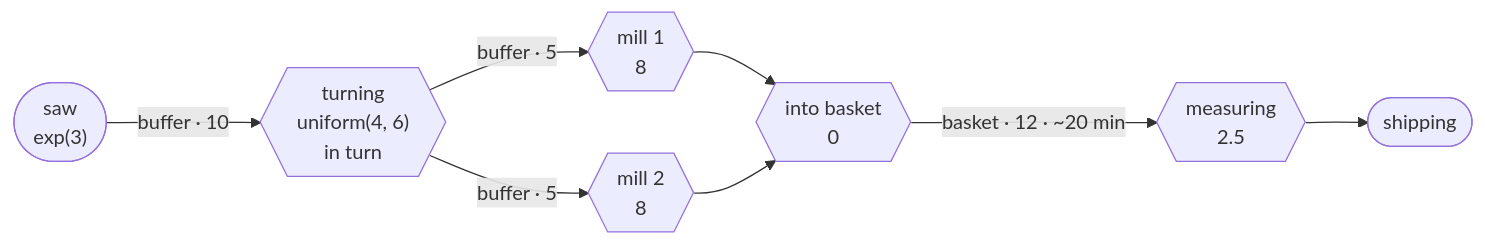
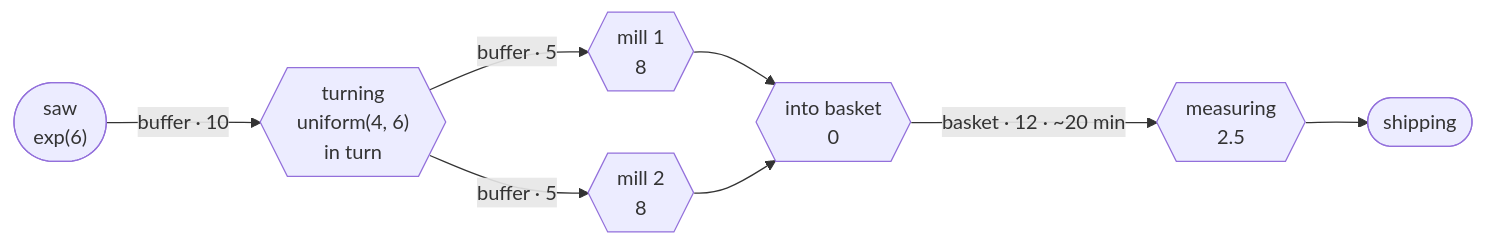
The diagram in examples/gear-shaft-line.md (s0582346/SimTrace), drawn with Mermaid before and after one commit. The commit also changed other lines of this file, not shown here.

Commit message:
Set the saw in the gear shaft line example to one blank every 6 minutes

````diff
--- a/examples/gear-shaft-line.md
+++ b/examples/gear-shaft-line.md
@@ -58,14 +58,14 @@
 ```mermaid
 flowchart LR
-    saege(["saw<br/>exp(3)"]) -->|"buffer · 10"| drehen{{"turning<br/>uniform(4, 6)<br/>in turn"}}
+    saege(["saw<br/>exp(6)"]) -->|"buffer · 10"| drehen{{"turning<br/>uniform(4, 6)<br/>in turn"}}
 
     drehen -->|"buffer · 5"| fraese1{{"mill 1<br/>8"}}
     drehen -->|"buffer · 5"| fraese2{{"mill 2<br/>8"}}
 
     fraese1 --> einlegen{{"into basket<br/>0"}}
     fraese2 --> einlegen
 
     einlegen -->|"basket · 12 · ~20 min"| messen{{"measuring<br/>2.5"}}
 
     messen --> versand(["shipping"])
 ```
````
